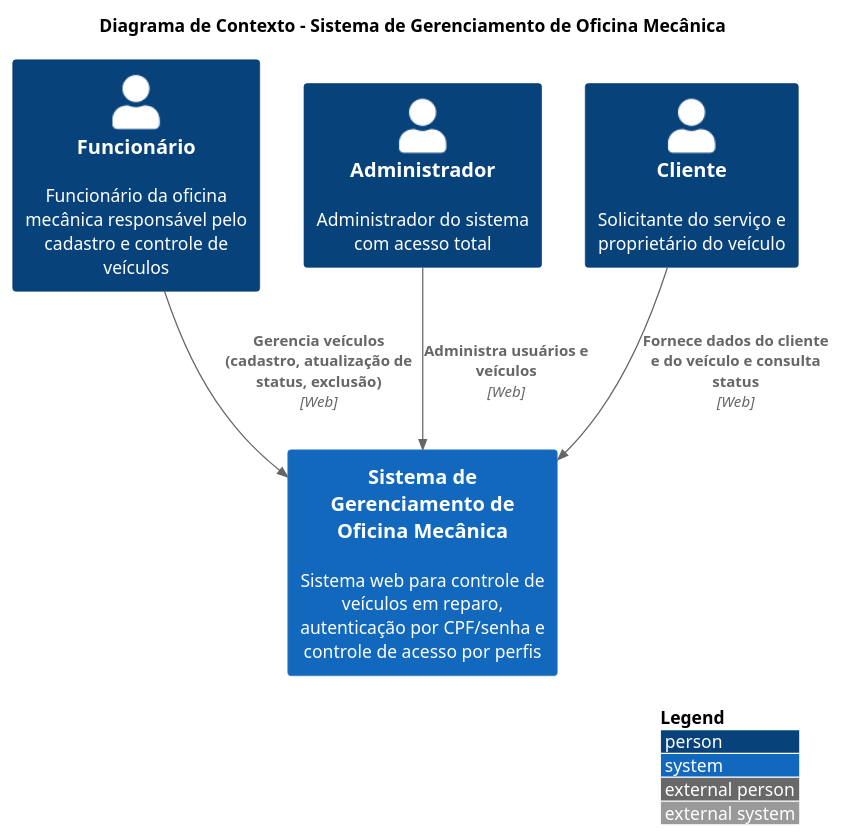
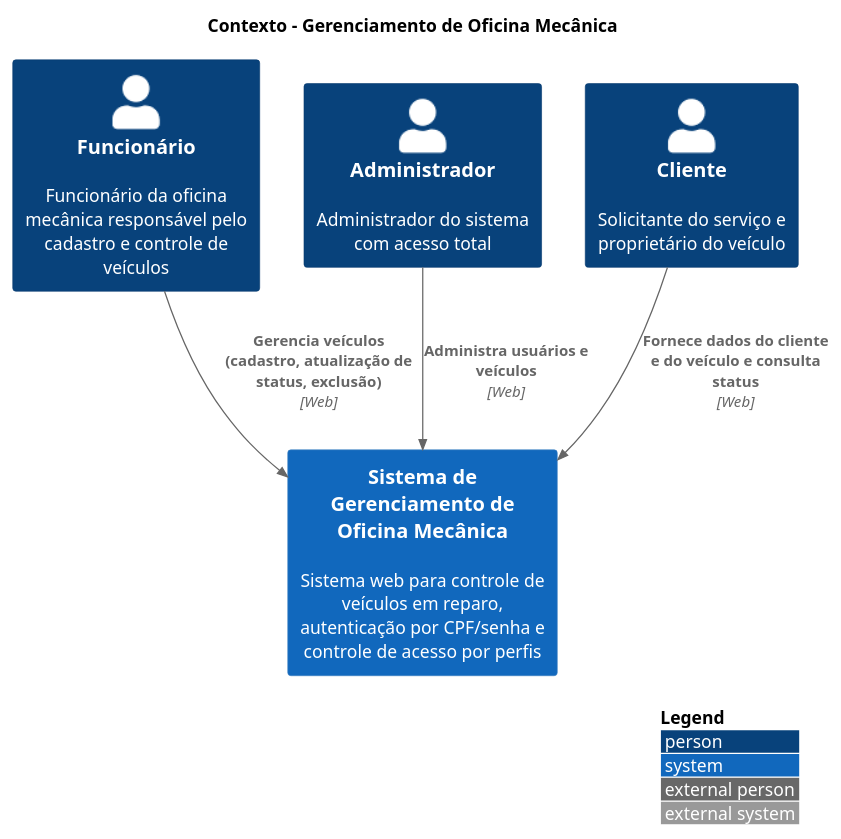
Before and after one commit to joaopedroangelico/Estrutura_Web_Modelo_CRUD: the diagram in docs/c4-nivel1-contexto.puml, drawn with PlantUML.

Commit message:
Update title in context diagram for clarity

```diff
--- a/docs/c4-nivel1-contexto.puml
+++ b/docs/c4-nivel1-contexto.puml
@@ -1,17 +1,17 @@
 @startuml Nivel1
 !include https://raw.githubusercontent.com/RicardoNiepel/C4-PlantUML/master/C4_Context.puml
 
-title Diagrama de Contexto - Sistema de Gerenciamento de Oficina Mecânica
+title Contexto - Gerenciamento de Oficina Mecânica
 
 Person(Funcionario, "Funcionário", "Funcionário da oficina mecânica responsável pelo cadastro e controle de veículos")
 Person(Admin, "Administrador", "Administrador do sistema com acesso total")
 Person(Cliente, "Cliente", "Solicitante do serviço e proprietário do veículo")
 
 System(Sistemaoficina, "Sistema de Gerenciamento de Oficina Mecânica", "Sistema web para controle de veículos em reparo, autenticação por CPF/senha e controle de acesso por perfis")
 
 Rel(Funcionario, Sistemaoficina, "Gerencia veículos (cadastro, atualização de status, exclusão)", "Web")
 Rel(Admin, Sistemaoficina, "Administra usuários e veículos", "Web")
 Rel(Cliente, Sistemaoficina, "Fornece dados do cliente e do veículo e consulta status", "Web")
 
 LAYOUT_WITH_LEGEND()
 @enduml
```
